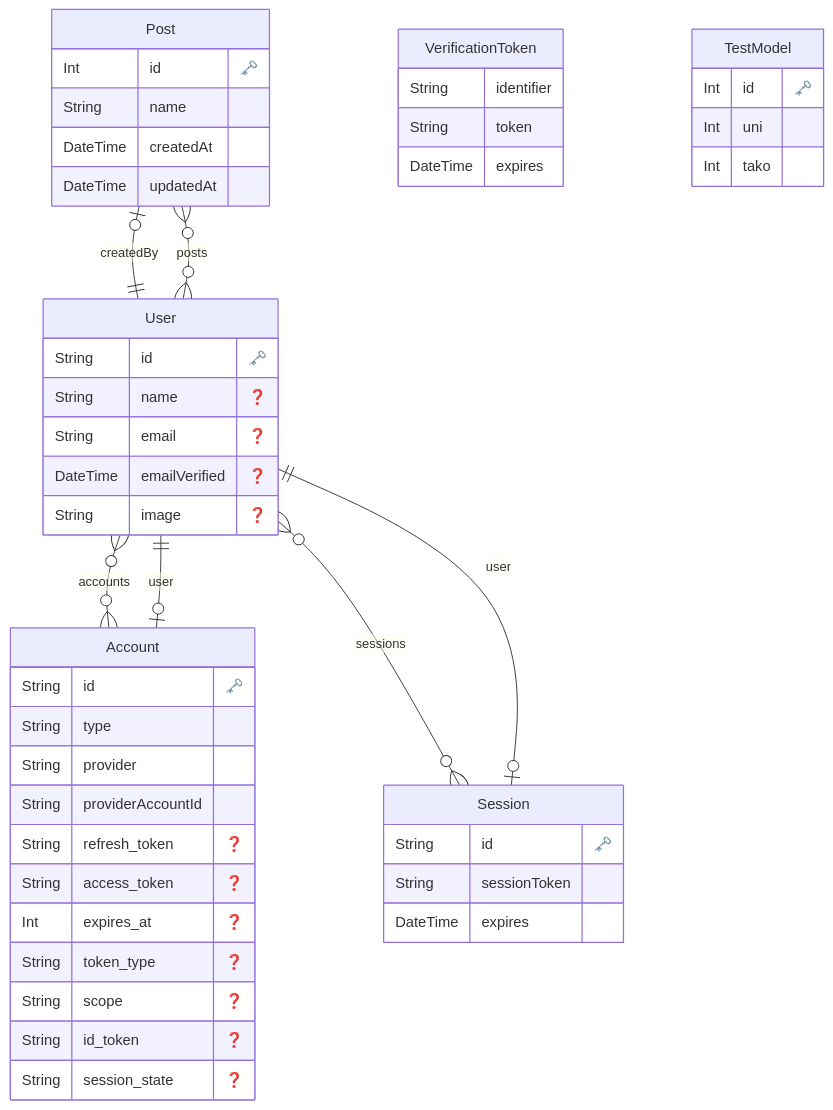
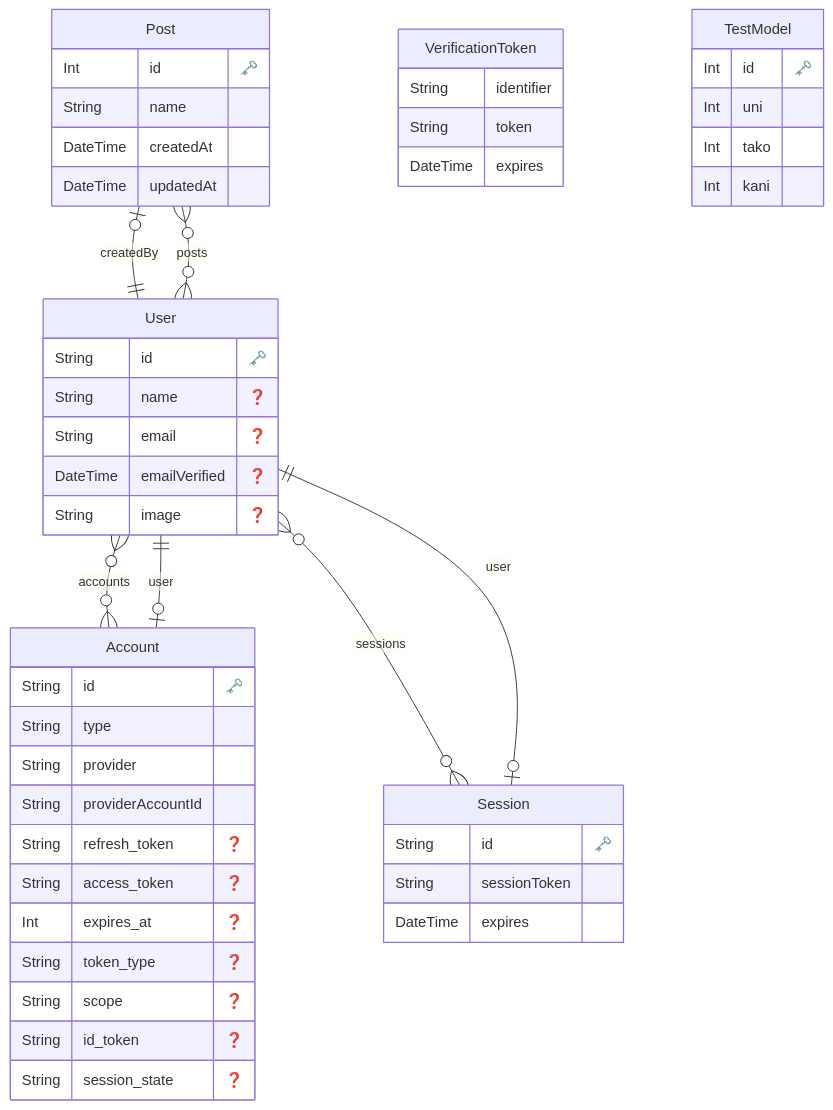
The diagram in prisma/ERD.md (mhatanorks/enthub), drawn with Mermaid before and after one commit. The commit also changed 1 other file, not shown here.

Commit message:
create copy erd wiki8

````diff
--- a/prisma/ERD.md
+++ b/prisma/ERD.md
@@ -1,62 +1,63 @@
 ```mermaid
 erDiagram
 
   "Post" {
     Int id "🗝️"
     String name 
     DateTime createdAt 
     DateTime updatedAt 
     }
   
 
   "Account" {
     String id "🗝️"
     String type 
     String provider 
     String providerAccountId 
     String refresh_token "❓"
     String access_token "❓"
     Int expires_at "❓"
     String token_type "❓"
     String scope "❓"
     String id_token "❓"
     String session_state "❓"
     }
   
 
   "Session" {
     String id "🗝️"
     String sessionToken 
     DateTime expires 
     }
   
 
   "User" {
     String id "🗝️"
     String name "❓"
     String email "❓"
     DateTime emailVerified "❓"
     String image "❓"
     }
   
 
   "VerificationToken" {
     String identifier 
     String token 
     DateTime expires 
     }
   
 
   "TestModel" {
     Int id "🗝️"
     Int uni 
     Int tako 
+    Int kani 
     }
   
     "Post" o|--|| "User" : "createdBy"
     "Account" o|--|| "User" : "user"
     "Session" o|--|| "User" : "user"
     "User" o{--}o "Account" : "accounts"
     "User" o{--}o "Session" : "sessions"
     "User" o{--}o "Post" : "posts"
 ```
````
